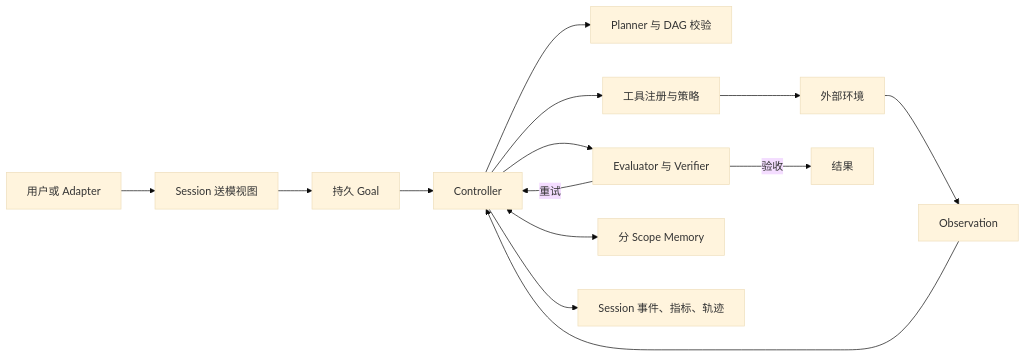
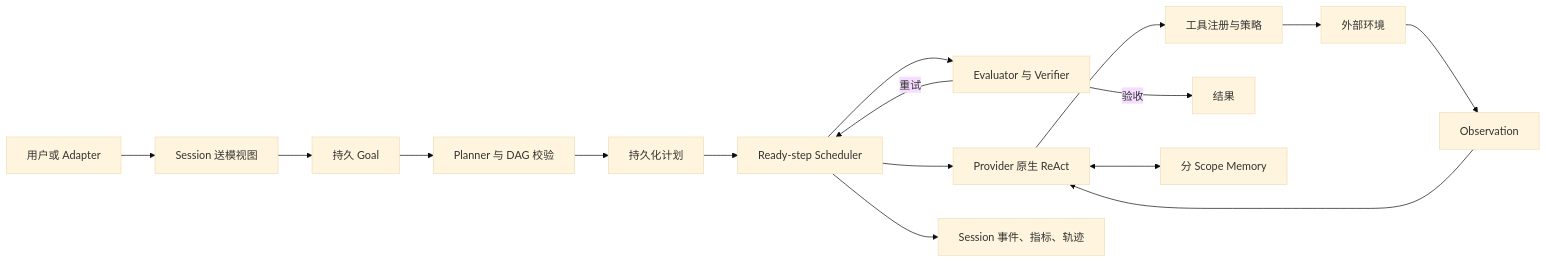
The diagram in docs/architecture.zh-CN.md (LucasZhang6/AgentCraft), drawn with Mermaid (base theme) before and after one commit. The commit also changed other lines of this file and 204 other files, not shown here.

````diff
--- a/docs/architecture.zh-CN.md
+++ b/docs/architecture.zh-CN.md
@@ -11,16 +11,18 @@
 ```mermaid
 flowchart LR
   U["用户或 Adapter"] --> S["Session 送模视图"]
   S --> G["持久 Goal"]
-  G --> C["Controller"]
-  C --> P["Planner 与 DAG 校验"]
-  C --> T["工具注册与策略"]
+  G --> P["Planner 与 DAG 校验"]
+  P --> D["持久化计划"]
+  D --> C["Ready-step Scheduler"]
+  C --> M["Provider 原生 ReAct"]
+  M --> T["工具注册与策略"]
   T --> E["外部环境"]
   E --> O["Observation"]
-  O --> C
+  O --> M
   C --> V["Evaluator 与 Verifier"]
   V -->|"重试"| C
   V -->|"验收"| R["结果"]
-  C <--> M["分 Scope Memory"]
+  M <--> K["分 Scope Memory"]
   C --> L["Session 事件、指标、轨迹"]
 ```
````
